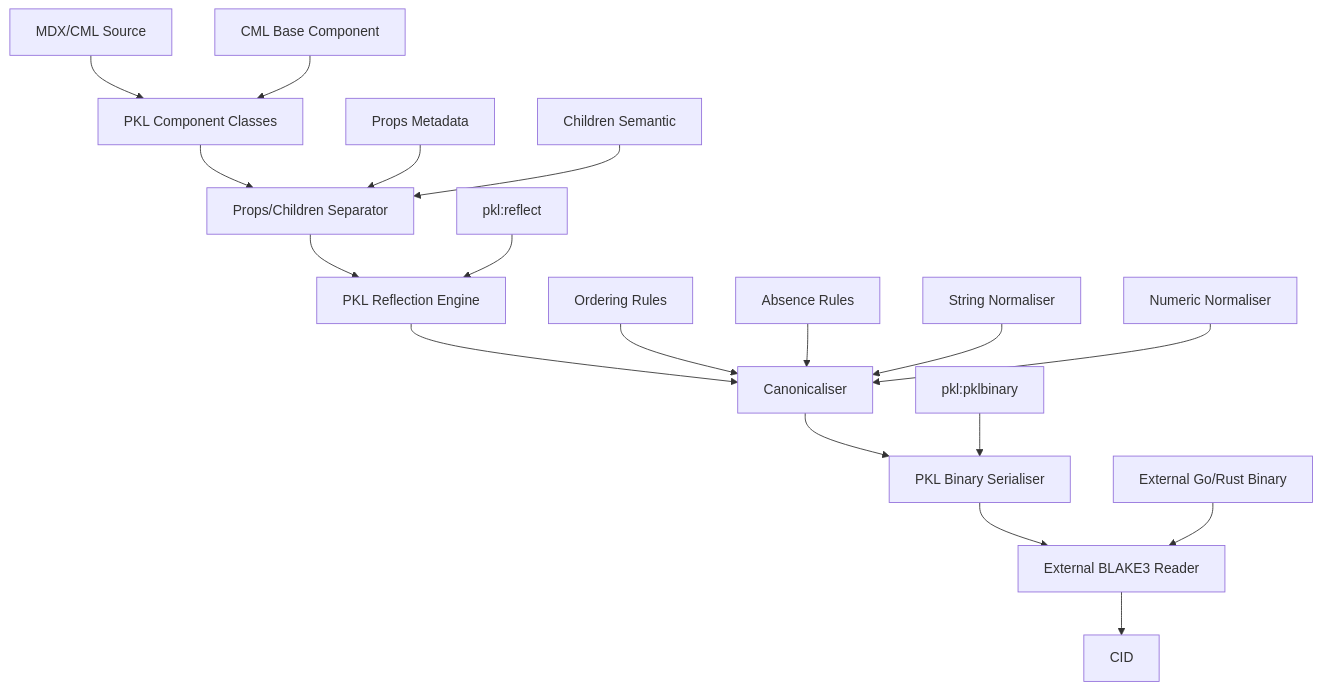
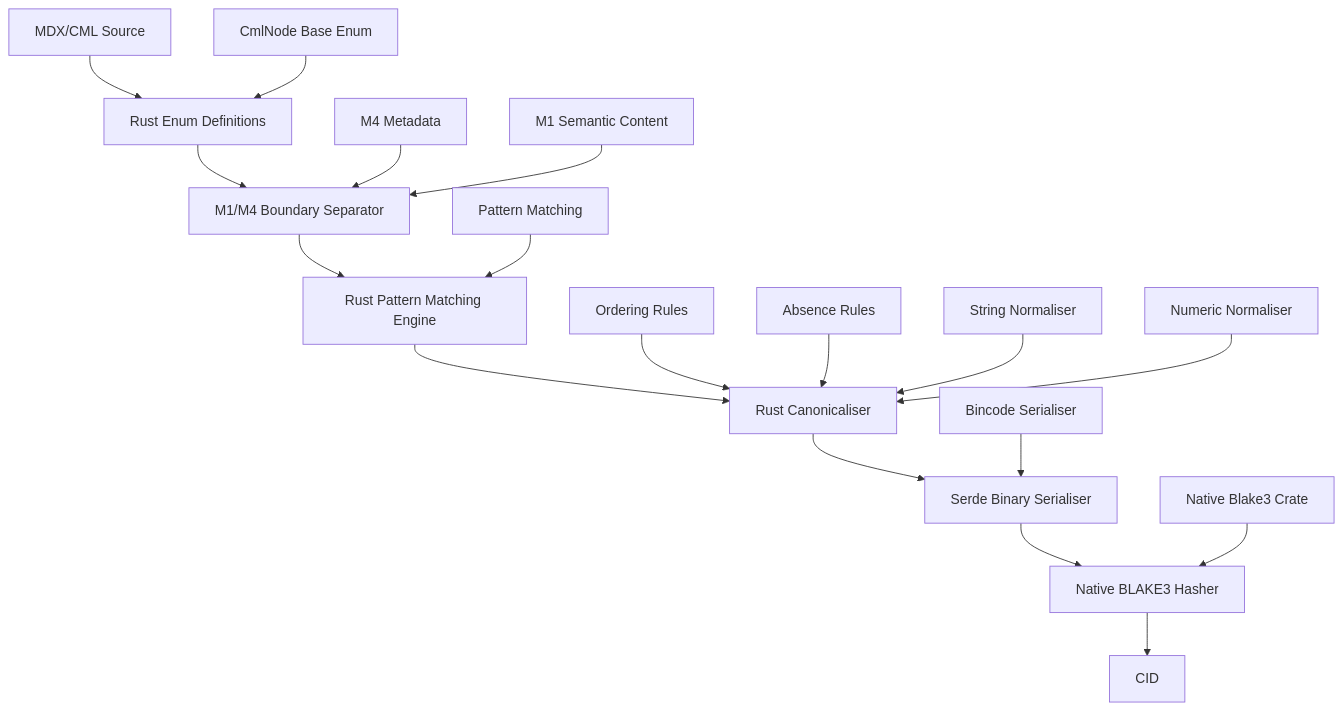
The first of 4 diagrams in docs/architecture/serialiser.design.md (yumin-chen/cml), drawn with Mermaid before and after one commit. The commit also changed other lines of this file and 3 other files, not shown here.

````diff
--- a/docs/architecture/serialiser.design.md
+++ b/docs/architecture/serialiser.design.md
@@ -27,21 +267,21 @@
 ```mermaid
 graph TD
-    A[MDX/CML Source] --> B[PKL Component Classes]
-    B --> C[Props/Children Separator]
-    C --> D[PKL Reflection Engine]
-    D --> E[Canonicaliser]
-    E --> F[PKL Binary Serialiser]
-    F --> G[External BLAKE3 Reader]
+    A[MDX/CML Source] --> B[Rust Enum Definitions]
+    B --> C[M1/M4 Boundary Separator]
+    C --> D[Rust Pattern Matching Engine]
+    D --> E[Rust Canonicaliser]
+    E --> F[Serde Binary Serialiser]
+    F --> G[Native BLAKE3 Hasher]
     G --> H[CID]
     
-    I[CML Base Component] --> B
-    J[Props Metadata] --> C
-    K[Children Semantic] --> C
-    L[pkl:reflect] --> D
+    I[CmlNode Base Enum] --> B
+    J[M4 Metadata] --> C
+    K[M1 Semantic Content] --> C
+    L[Pattern Matching] --> D
     M[Ordering Rules] --> E
     N[Absence Rules] --> E
     O[String Normaliser] --> E
     P[Numeric Normaliser] --> E
-    Q[pkl:pklbinary] --> F
-    R[External Go/Rust Binary] --> G
+    Q[Bincode Serialiser] --> F
+    R[Native Blake3 Crate] --> G
 ```
````
